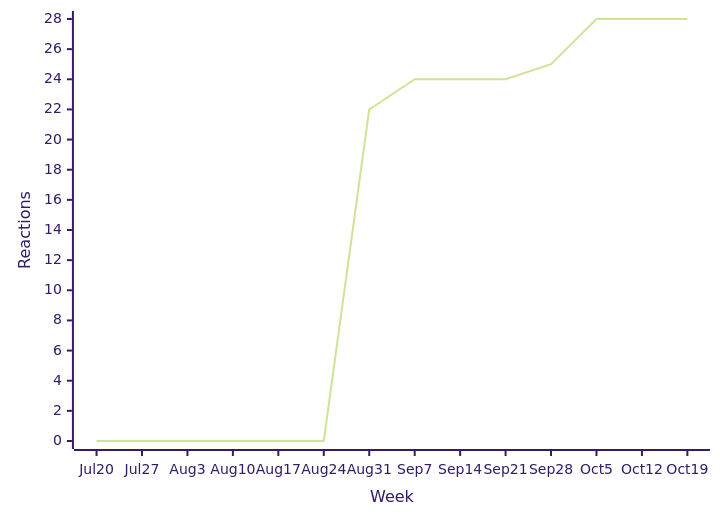
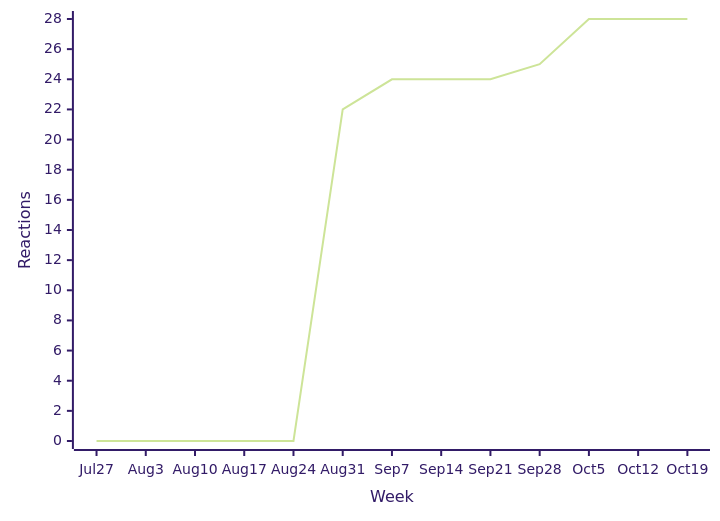
Before and after one commit to loic-sharma/github-insights: the second of 39 diagrams in README.md, drawn with Mermaid (forest theme). The commit also changed other lines of this file and 3 other files, not shown here.

````diff
--- a/README.md
+++ b/README.md
@@ -341,6 +341,6 @@
   ```mermaid
   xychart-beta
-    x-axis "Week" [Jul 20, Jul 27, Aug 3, Aug 10, Aug 17, Aug 24, Aug 31, Sep 7, Sep 14, Sep 21, Sep 28, Oct 5, Oct 12, Oct 19]
+    x-axis "Week" [Jul 27, Aug 3, Aug 10, Aug 17, Aug 24, Aug 31, Sep 7, Sep 14, Sep 21, Sep 28, Oct 5, Oct 12, Oct 19]
     y-axis "Reactions"
-    line [0, 0, 0, 0, 0, 0, 22, 24, 24, 24, 25, 28, 28, 28]
+    line [0, 0, 0, 0, 0, 22, 24, 24, 24, 25, 28, 28, 28]
   ```
````
